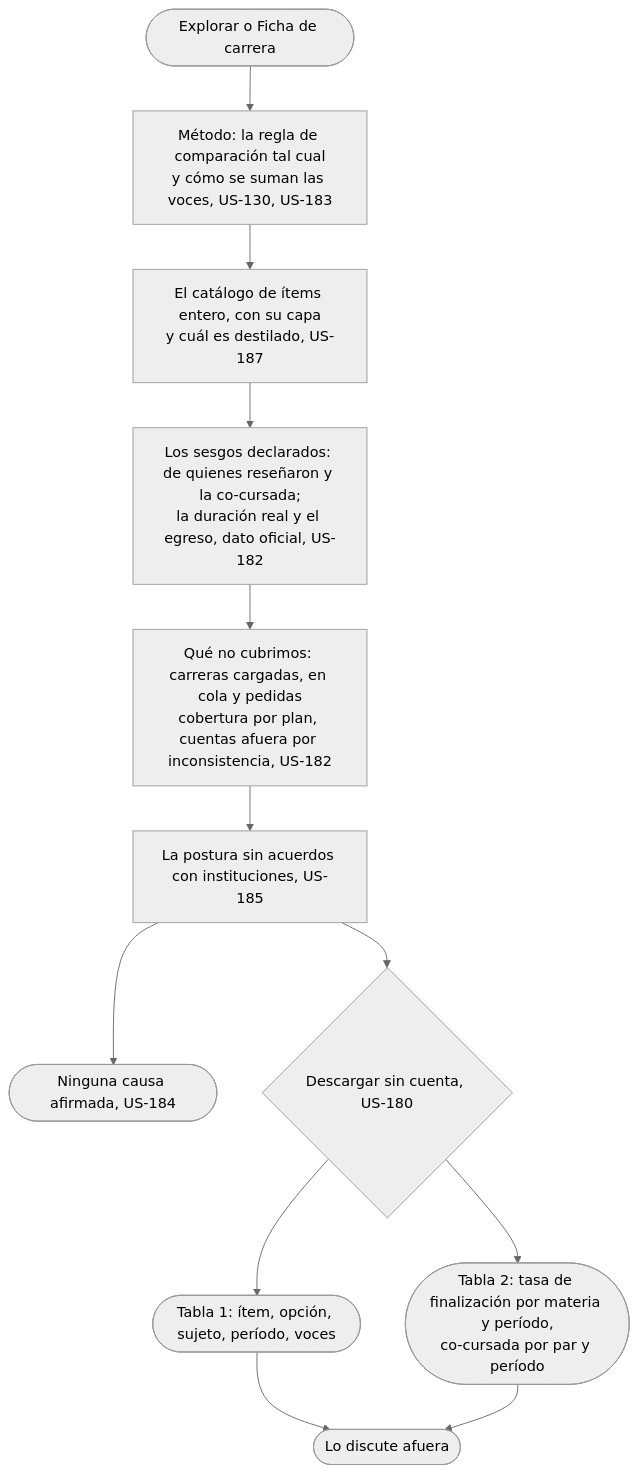
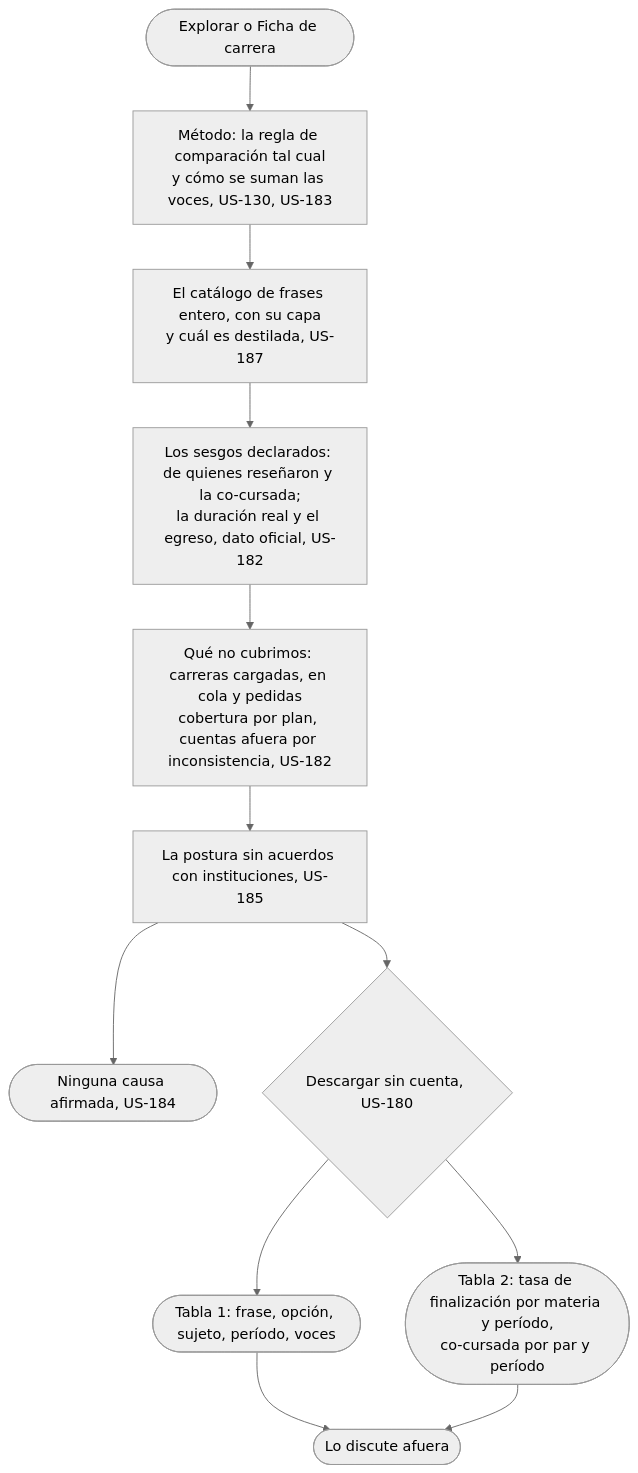
One commit to lucasidev/plan-b changed the diagram in docs/product/student/take-the-data/flow.md. Above: the diagram before and after it, drawn with Mermaid (neutral theme). The commit also changed 82 other files, not shown here.

````diff
--- a/docs/product/student/take-the-data/flow.md
+++ b/docs/product/student/take-the-data/flow.md
@@ -5,14 +5,14 @@
 ```mermaid
 flowchart TD
   A([Explorar o Ficha de carrera]) --> B[Método: la regla de comparación tal cual<br/>y cómo se suman las voces, US-130, US-183]
-  B --> C[El catálogo de ítems entero, con su capa<br/>y cuál es destilado, US-187]
+  B --> C[El catálogo de frases entero, con su capa<br/>y cuál es destilada, US-187]
   C --> D[Los sesgos declarados: de quienes reseñaron y la co-cursada;<br/>la duración real y el egreso, dato oficial, US-182]
   D --> E[Qué no cubrimos: carreras cargadas, en cola y pedidas<br/>cobertura por plan, cuentas afuera por inconsistencia, US-182]
   E --> G[La postura sin acuerdos con instituciones, US-185]
   G --> M([Ninguna causa afirmada, US-184])
   G --> H{Descargar sin cuenta, US-180}
-  H --> I([Tabla 1: ítem, opción, sujeto, período, voces])
+  H --> I([Tabla 1: frase, opción, sujeto, período, voces])
   H --> J([Tabla 2: tasa de finalización por materia y período,<br/>co-cursada por par y período])
   I --> K([Lo discute afuera])
   J --> K
 ```
````
